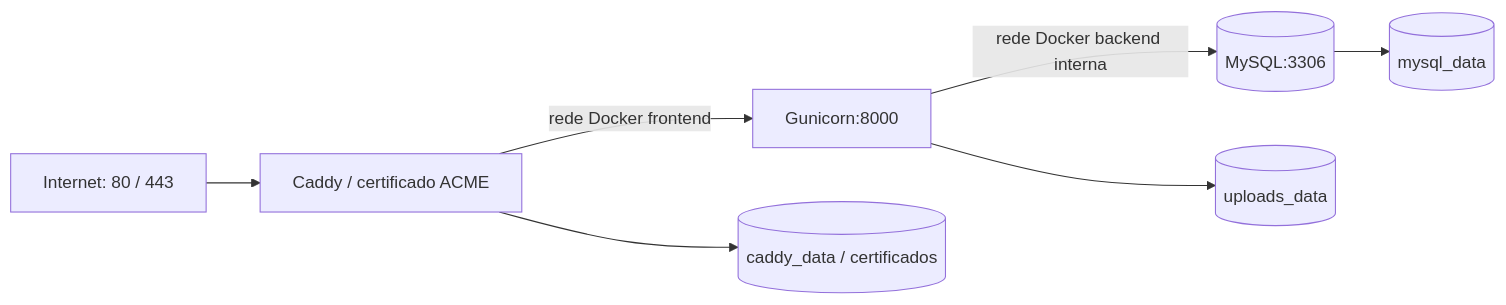
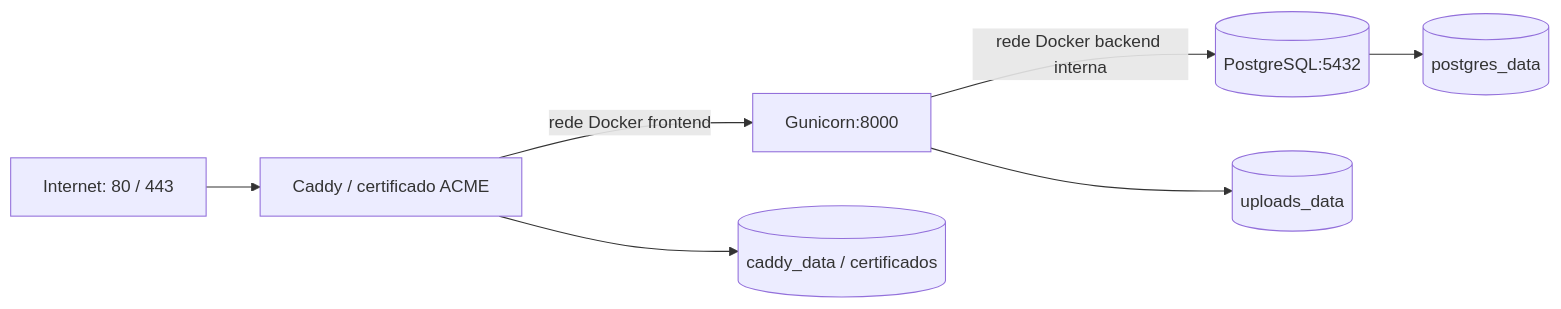
One commit to robertoqimin/edufast-2.0 changed the second of 2 diagrams in .github/cicd/README.md. Above: the diagram before and after it, drawn with Mermaid. The commit also changed other lines of this file and 361 other files, not shown here.

````diff
--- a/.github/cicd/README.md
+++ b/.github/cicd/README.md
@@ -132,9 +132,9 @@
 ```mermaid
 flowchart LR
     Web[Internet: 80 / 443] --> Caddy[Caddy / certificado ACME]
     Caddy -->|rede Docker frontend| App[Gunicorn:8000]
-    App -->|rede Docker backend interna| DB[(MySQL:3306)]
+    App -->|rede Docker backend interna| DB[(PostgreSQL:5432)]
     App --> Upload[(uploads_data)]
-    DB --> Data[(mysql_data)]
+    DB --> Data[(postgres_data)]
     Caddy --> Certs[(caddy_data / certificados)]
 ```
````
